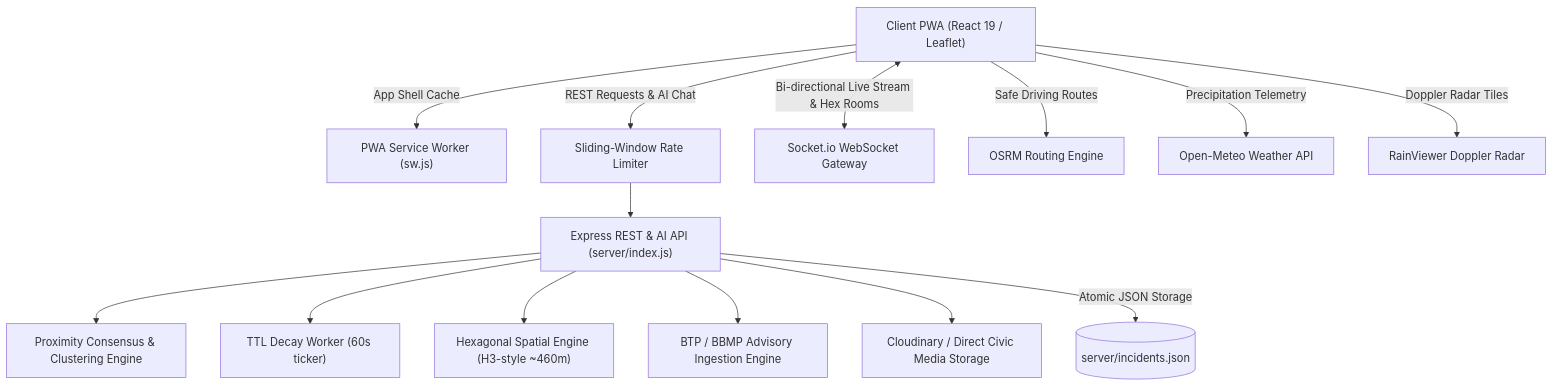
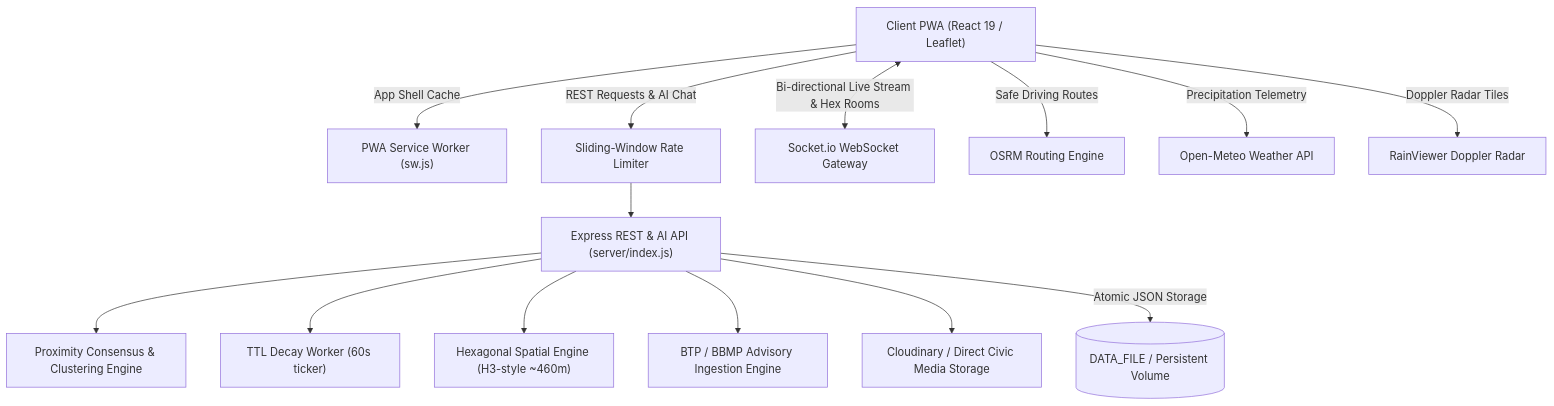
Before and after one commit to Vedant817/NammaDrishti: the diagram in README.md, drawn with Mermaid. The commit also changed other lines of this file and 27 other files, not shown here.

````diff
--- a/README.md
+++ b/README.md
@@ -32,29 +34,29 @@
 ```mermaid
 graph TD
     Client["Client PWA (React 19 / Leaflet)"]
     ServiceWorker["PWA Service Worker (sw.js)"]
     API["Express REST & AI API (server/index.js)"]
     RateLimiter["Sliding-Window Rate Limiter"]
     Sockets["Socket.io WebSocket Gateway"]
     SpatialHex["Hexagonal Spatial Engine (H3-style ~460m)"]
     Consensus["Proximity Consensus & Clustering Engine"]
     Decay["TTL Decay Worker (60s ticker)"]
     BTPIngestion["BTP / BBMP Advisory Ingestion Engine"]
     MediaStorage["Cloudinary / Direct Civic Media Storage"]
     OSRM["OSRM Routing Engine"]
     OpenMeteo["Open-Meteo Weather API"]
     RainViewer["RainViewer Doppler Radar"]
 
     Client -->|App Shell Cache| ServiceWorker
     Client -->|REST Requests & AI Chat| RateLimiter --> API
     Client <-->|Bi-directional Live Stream & Hex Rooms| Sockets
     API --> Consensus
     API --> Decay
     API --> SpatialHex
     API --> BTPIngestion
     API --> MediaStorage
     Client -->|Safe Driving Routes| OSRM
     Client -->|Doppler Radar Tiles| RainViewer
     Client -->|Precipitation Telemetry| OpenMeteo
-    API -->|Atomic JSON Storage| LocalDisk[(server/incidents.json)]
+    API -->|Atomic JSON Storage| LocalDisk[(DATA_FILE / Persistent Volume)]
 ```
````
